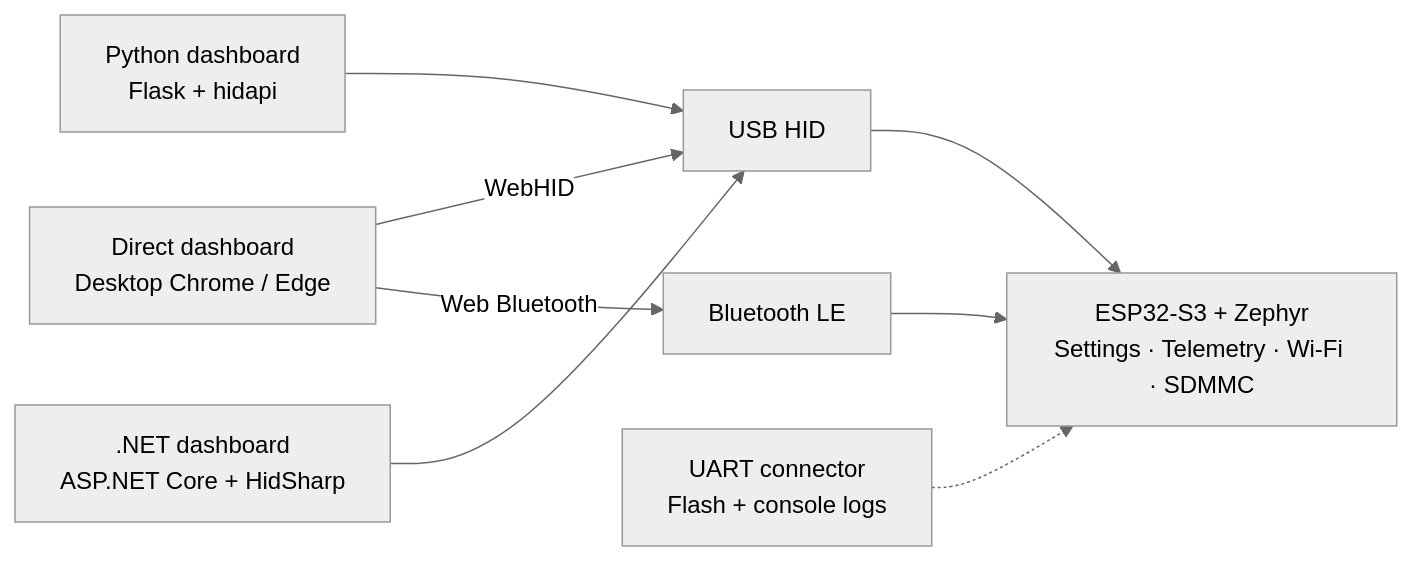
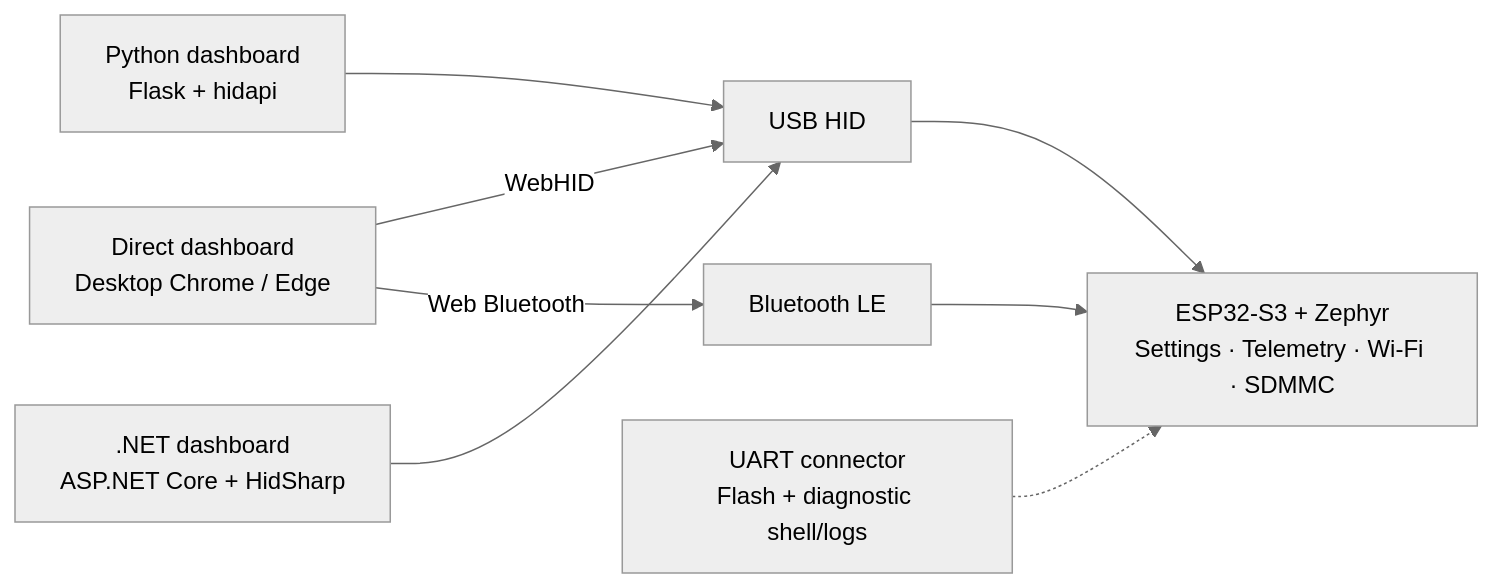
One commit to djwinter29-oss/ESPForge changed the diagram in README.md. Above: the diagram before and after it, drawn with Mermaid (neutral theme). The commit also changed other lines of this file and 173 other files, not shown here.

````diff
--- a/README.md
+++ b/README.md
@@ -40,10 +41,10 @@
 ```mermaid
 flowchart LR
     Direct["Direct dashboard<br/>Desktop Chrome / Edge"] -->|WebHID| USB["USB HID"]
     Direct -->|Web Bluetooth| BLE["Bluetooth LE"]
     Python["Python dashboard<br/>Flask + hidapi"] --> USB
     Dotnet[".NET dashboard<br/>ASP.NET Core + HidSharp"] --> USB
     USB --> Board["ESP32-S3 + Zephyr<br/>Settings · Telemetry · Wi-Fi · SDMMC"]
     BLE --> Board
-    UART["UART connector<br/>Flash + console logs"] -.-> Board
+    UART["UART connector<br/>Flash + diagnostic shell/logs"] -.-> Board
 ```
````
